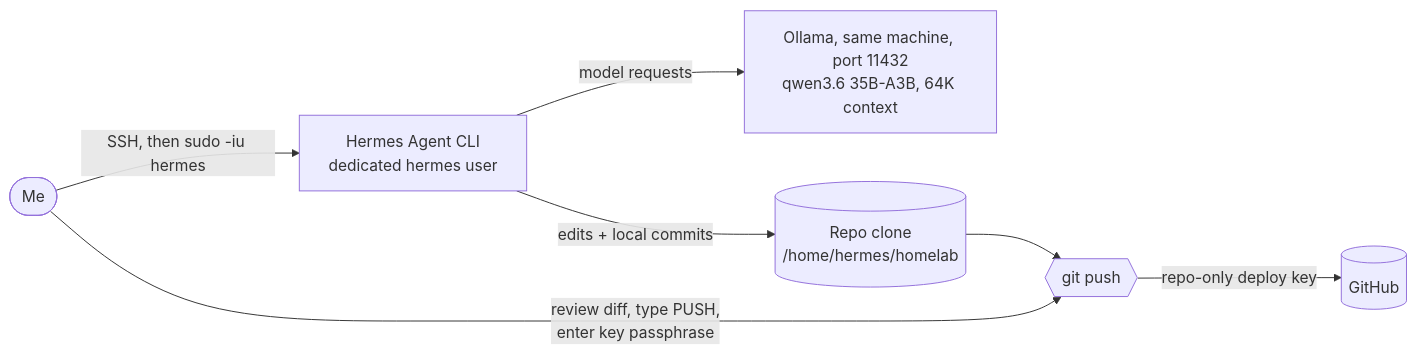
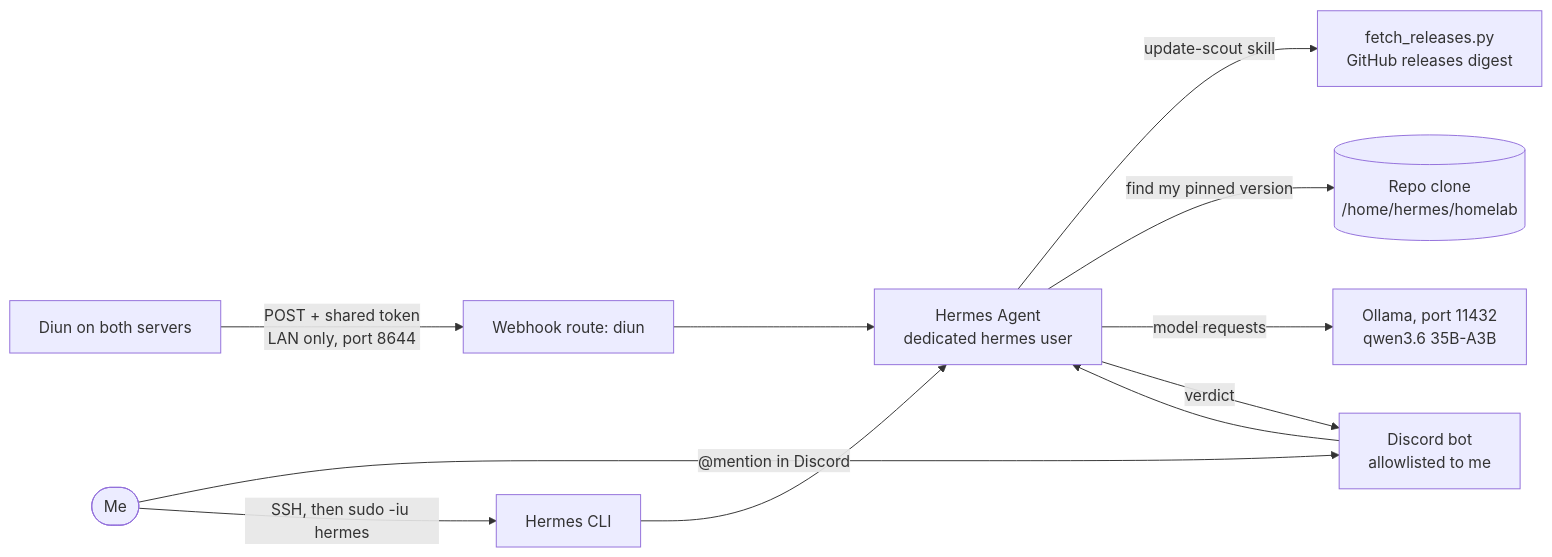
The diagram in docs/services/hermes-agent.md (Shineori/homelab), drawn with Mermaid before and after one commit. The commit also changed other lines of this file and 3 other files, not shown here.

First line of the commit message:
Document Hermes Update Scout and Diun webhook hookup

````diff
--- a/docs/services/hermes-agent.md
+++ b/docs/services/hermes-agent.md
@@ -24,9 +26,13 @@
 ```mermaid
 flowchart LR
-    me([Me]) -- "SSH, then sudo -iu hermes" --> ha["Hermes Agent CLI<br/>dedicated hermes user"]
-    ha -- "model requests" --> ollama["Ollama, same machine, port 11432<br/>qwen3.6 35B-A3B, 64K context"]
-    ha -- "edits + local commits" --> repo[("Repo clone<br/>/home/hermes/homelab")]
-    me -- "review diff, type PUSH,<br/>enter key passphrase" --> push{{git push}}
-    repo --> push
-    push -- "repo-only deploy key" --> gh[(GitHub)]
+    diun["Diun on both servers"] -- "POST + shared token<br/>LAN only, port 8644" --> wh["Webhook route: diun"]
+    me([Me]) -- "@mention in Discord" --> bot["Discord bot<br/>allowlisted to me"]
+    me -- "SSH, then sudo -iu hermes" --> cli["Hermes CLI"]
+    wh --> ha["Hermes Agent<br/>dedicated hermes user"]
+    bot --> ha
+    cli --> ha
+    ha -- "update-scout skill" --> fr["fetch_releases.py<br/>GitHub releases digest"]
+    ha -- "find my pinned version" --> repo[("Repo clone<br/>/home/hermes/homelab")]
+    ha -- "model requests" --> ollama["Ollama, port 11432<br/>qwen3.6 35B-A3B"]
+    ha -- "verdict" --> bot
 ```
````
